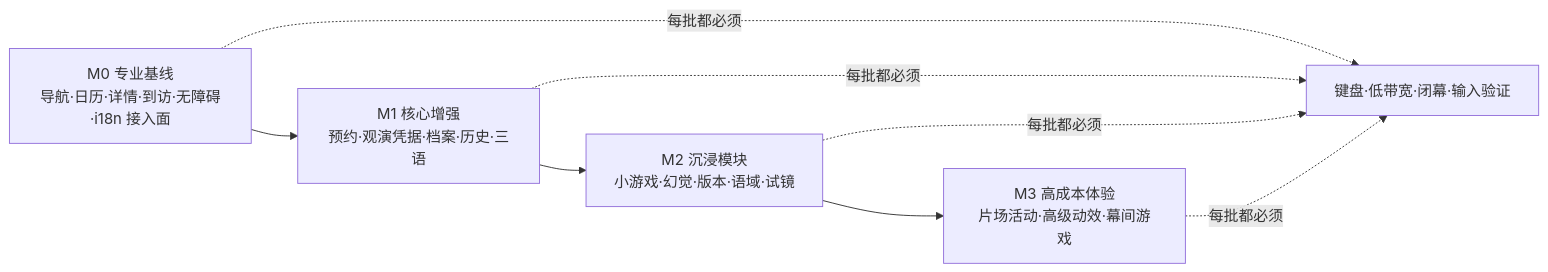
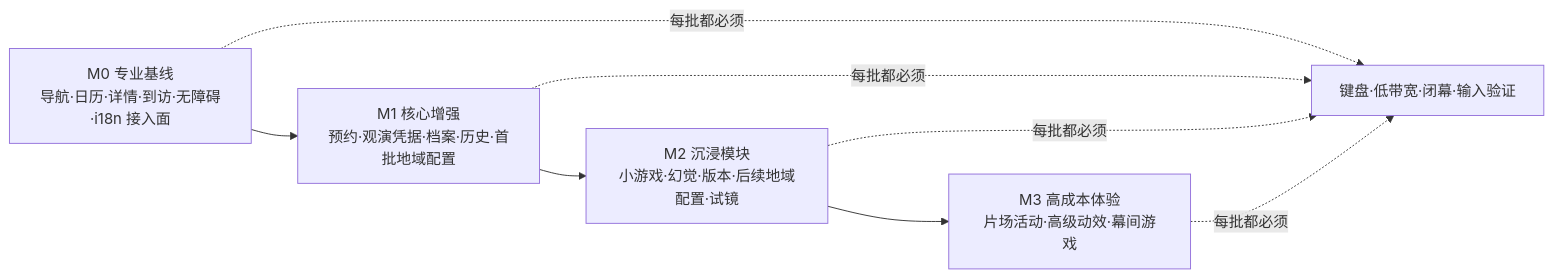
One commit to Selloryebir/crimson_troupe changed the diagram in docs/blueprint/03_journeys/maps/12_开发顺序.mmd. Above: the diagram before and after it, drawn with Mermaid. The commit also changed 29 other files, not shown here.

```diff
--- a/docs/blueprint/03_journeys/maps/12_开发顺序.mmd
+++ b/docs/blueprint/03_journeys/maps/12_开发顺序.mmd
@@ -1,12 +1,12 @@
 flowchart LR
   M0[M0 专业基线
 导航·日历·详情·到访·无障碍·i18n 接入面] --> M1[M1 核心增强
-预约·观演凭据·档案·历史·三语]
+预约·观演凭据·档案·历史·首批地域配置]
   M1 --> M2[M2 沉浸模块
-小游戏·幻觉·版本·语域·试镜]
+小游戏·幻觉·版本·后续地域配置·试镜]
   M2 --> M3[M3 高成本体验
 片场活动·高级动效·幕间游戏]
   M0 -.每批都必须.-> Gate[键盘·低带宽·闭幕·输入验证]
   M1 -.每批都必须.-> Gate
   M2 -.每批都必须.-> Gate
   M3 -.每批都必须.-> Gate
```
